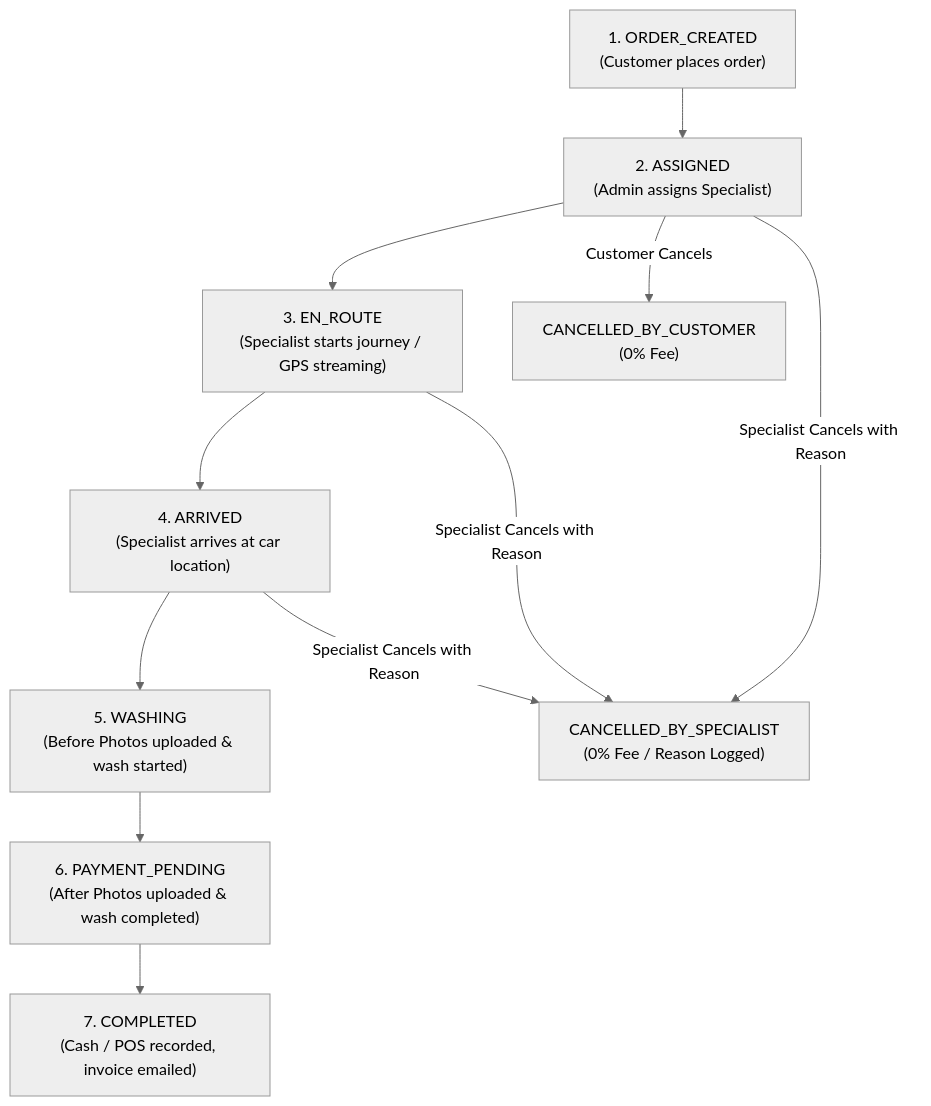
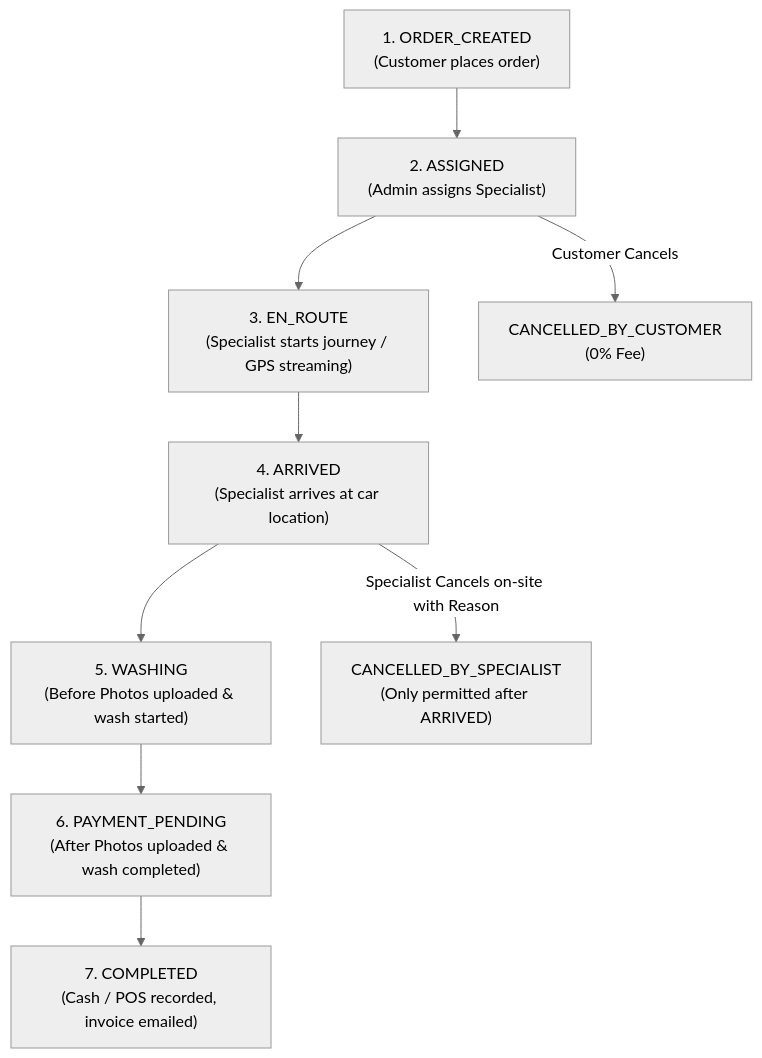
The third of 3 diagrams in docs/business/ordering-scheduling.md (fsdevriver/800-doc), drawn with Mermaid (neutral theme) before and after one commit. The commit also changed 2 other files, not shown here.

Commit message:
feat: enforce on-site arrival prerequisite for specialist order cancellation

````diff
--- a/docs/business/ordering-scheduling.md
+++ b/docs/business/ordering-scheduling.md
@@ -76,14 +76,12 @@
 ```mermaid
 graph TD
     OC["1. ORDER_CREATED<br/>(Customer places order)"] --> AS["2. ASSIGNED<br/>(Admin assigns Specialist)"]
     AS --> ER["3. EN_ROUTE<br/>(Specialist starts journey / GPS streaming)"]
     ER --> AR["4. ARRIVED<br/>(Specialist arrives at car location)"]
     AR --> WS["5. WASHING<br/>(Before Photos uploaded & wash started)"]
     WS --> PP["6. PAYMENT_PENDING<br/>(After Photos uploaded & wash completed)"]
     PP --> CP["7. COMPLETED<br/>(Cash / POS recorded, invoice emailed)"]
 
     AS -->|Customer Cancels| CC["CANCELLED_BY_CUSTOMER<br/>(0% Fee)"]
-    AS -->|Specialist Cancels with Reason| CS["CANCELLED_BY_SPECIALIST<br/>(0% Fee / Reason Logged)"]
-    ER -->|Specialist Cancels with Reason| CS
-    AR -->|Specialist Cancels with Reason| CS
+    AR -->|Specialist Cancels on-site with Reason| CS["CANCELLED_BY_SPECIALIST<br/>(Only permitted after ARRIVED)"]
 ```
````
